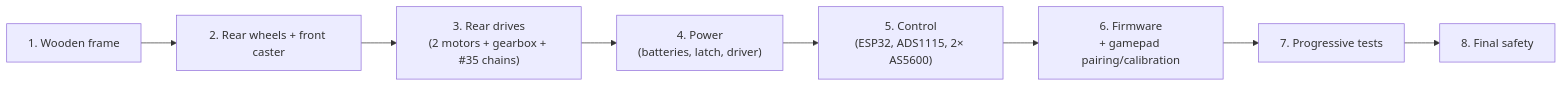
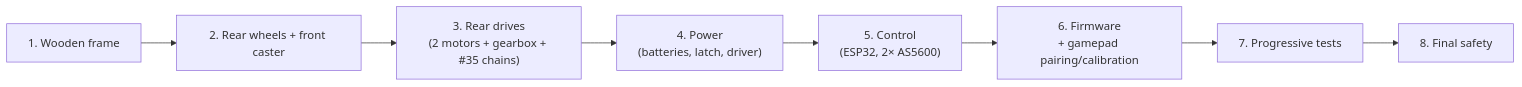
Before and after one commit to pinkymaxou/powered-soapbox-car: the ninth of 9 diagrams in README.md, drawn with Mermaid. The commit also changed other lines of this file and 38 other files, not shown here.

````diff
--- a/README.md
+++ b/README.md
@@ -805,7 +756,7 @@
 ```mermaid
 flowchart LR
     P1["1. Wooden frame"] --> P2["2. Rear wheels + front caster"] --> P3["3. Rear drives<br/>(2 motors + gearbox + #35 chains)"]
     P3 --> P5["4. Power<br/>(batteries, latch, driver)"]
-    P5 --> P6["5. Control<br/>(ESP32, ADS1115, 2× AS5600)"] --> P7["6. Firmware<br/>+ gamepad pairing/calibration"]
+    P5 --> P6["5. Control<br/>(ESP32, 2× AS5600)"] --> P7["6. Firmware<br/>+ gamepad pairing/calibration"]
     P7 --> P8["7. Progressive tests"] --> P9["8. Final safety"]
 ```
````
